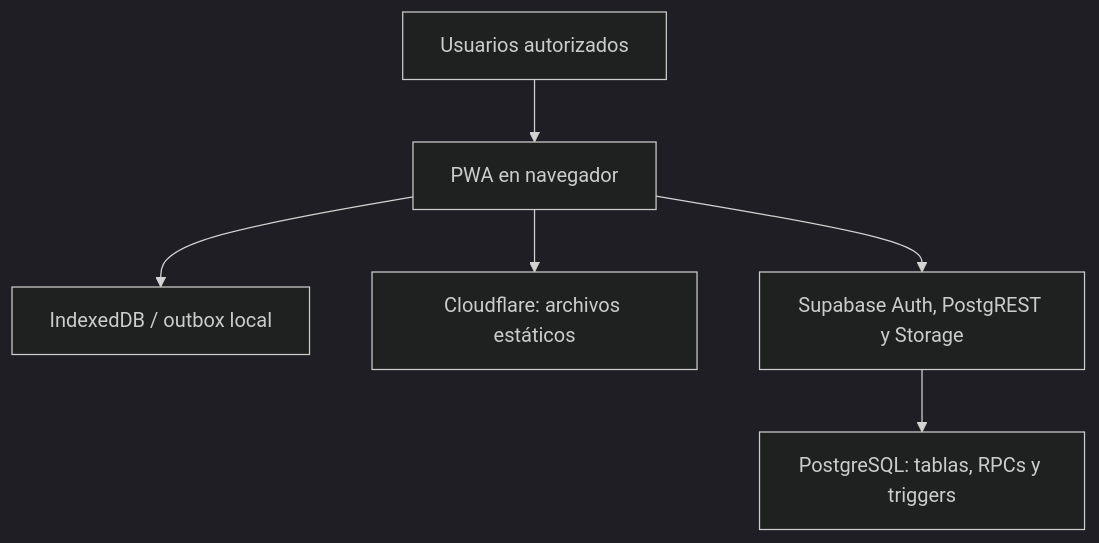
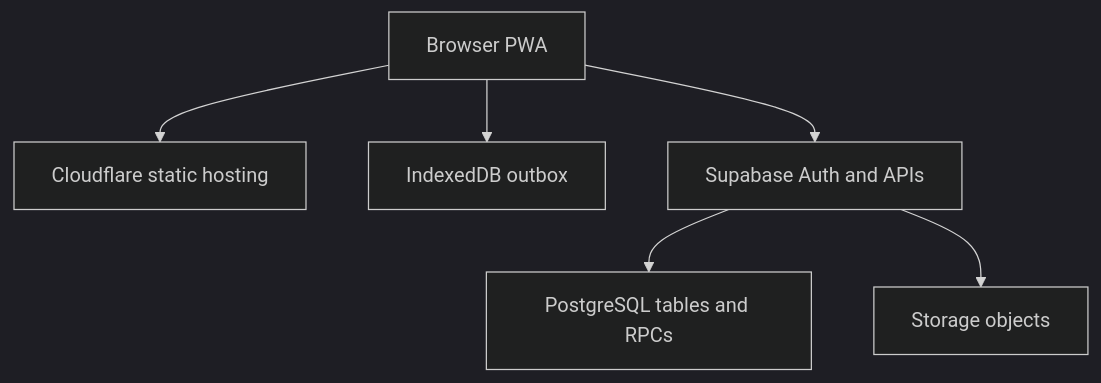
One commit to juansecorreapaez/RigGo changed the first of 2 diagrams in docs/ARCHITECTURE.md. Above: the diagram before and after it, drawn with Mermaid (dark theme). The commit also changed other lines of this file and 20 other files, not shown here.

````diff
--- a/docs/ARCHITECTURE.md
+++ b/docs/ARCHITECTURE.md
@@ -5,8 +5,8 @@
 ```mermaid
 flowchart TD
-  U["Usuarios autorizados"] --> B["PWA en navegador"]
-  B --> L["IndexedDB / outbox local"]
-  B --> H["Cloudflare: archivos estáticos"]
-  B --> S["Supabase Auth, PostgREST y Storage"]
-  S --> P["PostgreSQL: tablas, RPCs y triggers"]
+  B["Browser PWA"] --> C["Cloudflare static hosting"]
+  B --> L["IndexedDB outbox"]
+  B --> S["Supabase Auth and APIs"]
+  S --> D["PostgreSQL tables and RPCs"]
+  S --> O["Storage objects"]
 ```
````
